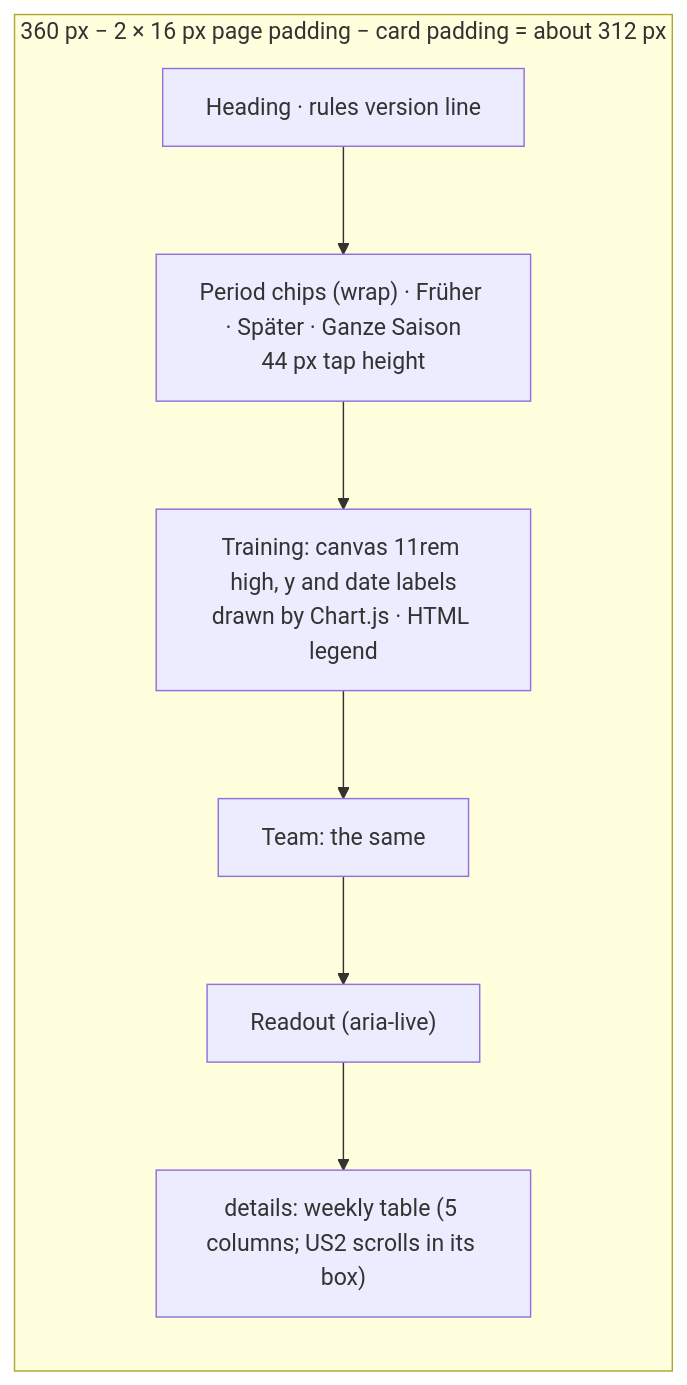
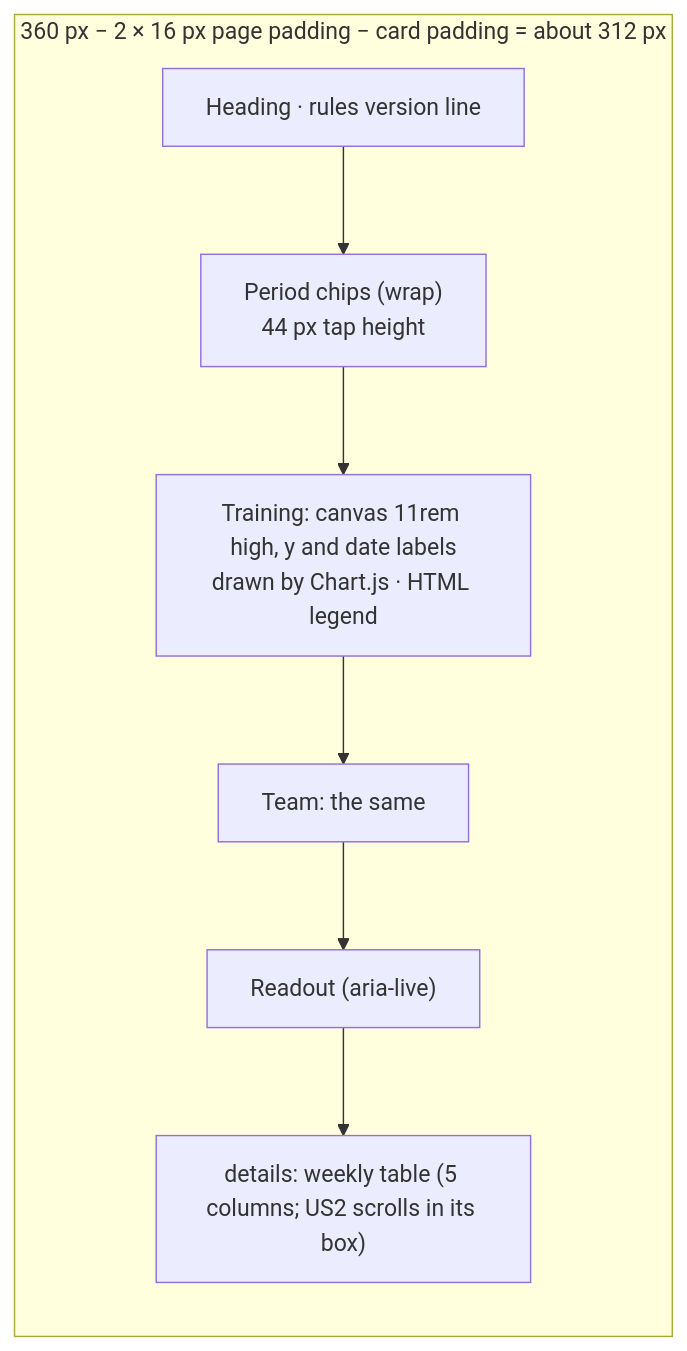
One commit to SaSteffen/RynkePoints changed the sixth of 6 diagrams in specs/009-rider-progress-charts/plan.md. Above: the diagram before and after it, drawn with Mermaid. The commit also changed other lines of this file and 15 other files, not shown here.

````diff
--- a/specs/009-rider-progress-charts/plan.md
+++ b/specs/009-rider-progress-charts/plan.md
@@ -311,13 +311,13 @@
 ```mermaid
 flowchart TB
     subgraph phone["360 px − 2 × 16 px page padding − card padding = about 312 px"]
         direction TB
         h["Heading · rules version line"]
-        nav["Period chips (wrap) · Früher · Später · Ganze Saison<br/>44 px tap height"]
+        nav["Period chips (wrap)<br/>44 px tap height"]
         c1["Training: canvas 11rem high, y and date labels<br/>drawn by Chart.js · HTML legend"]
         c2["Team: the same"]
         ro["Readout (aria-live)"]
         tb["details: weekly table (5 columns; US2 scrolls in its box)"]
         h --> nav --> c1 --> c2 --> ro --> tb
     end
 ```
````
